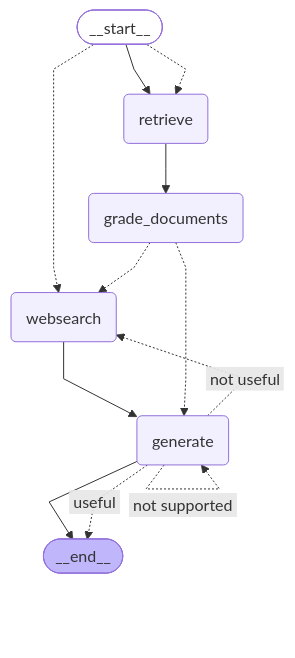
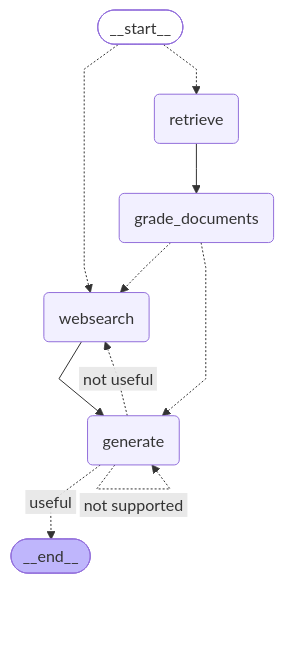
One commit to NickChecan/advanced-rag changed the third of 3 diagrams in README.md. Above: the diagram before and after it, drawn with Mermaid. The commit also changed 4 other files, not shown here.

Commit message:
fix: use correct mermaid diagram and avoid python issue with documents in the web search node

````diff
--- a/README.md
+++ b/README.md
@@ -65,24 +65,22 @@
 ```mermaid
 %%{init: {'flowchart': {'curve': 'linear'}}}%%
 graph TD;
 	__start__([<p>__start__</p>]):::first
 	retrieve(retrieve)
 	grade_documents(grade_documents)
 	generate(generate)
 	websearch(websearch)
 	__end__([<p>__end__</p>]):::last
-	__start__ --> retrieve;
-	generate --> __end__;
 	retrieve --> grade_documents;
 	websearch --> generate;
 	__start__ -.-> websearch;
 	__start__ -.-> retrieve;
 	grade_documents -.-> websearch;
 	grade_documents -.-> generate;
 	generate -. &nbsp;useful&nbsp; .-> __end__;
 	generate -. &nbsp;not useful&nbsp; .-> websearch;
 	generate -. &nbsp;not supported&nbsp; .-> generate;
 	classDef default fill:#f2f0ff,line-height:1.2
 	classDef first fill-opacity:0
 	classDef last fill:#bfb6fc
 ```
````
